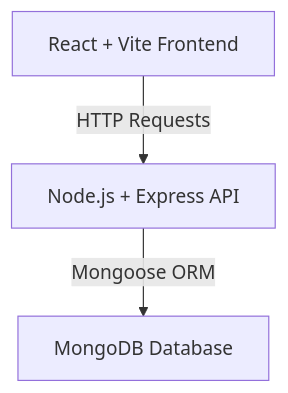
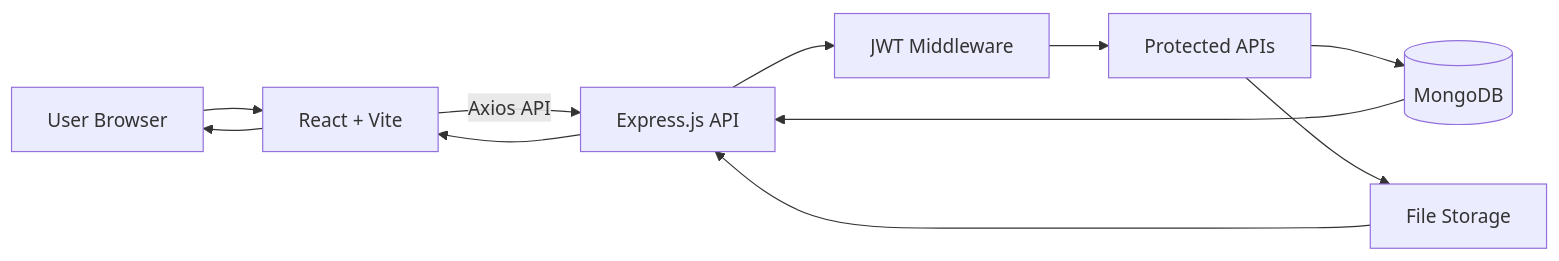
Before and after one commit to Prathmesh-ally/ONGC-Nexus: the first of 4 diagrams in README.md, drawn with Mermaid. The commit also changed other lines of this file, not shown here.

````diff
--- a/README.md
+++ b/README.md
@@ -49,5 +95,25 @@
 ```mermaid
-graph TD
-    Client["React + Vite Frontend"] -->|HTTP Requests| API["Node.js + Express API"]
-    API -->|Mongoose ORM| DB["MongoDB Database"]
+graph LR
+
+User["User Browser"]
+
+User --> Frontend["React + Vite"]
+
+Frontend -->|Axios API| Backend["Express.js API"]
+
+Backend --> Auth["JWT Middleware"]
+
+Auth --> API["Protected APIs"]
+
+API --> MongoDB[(MongoDB)]
+
+API --> Storage["File Storage"]
+
+MongoDB --> Backend
+
+Storage --> Backend
+
+Backend --> Frontend
+
+Frontend --> User
 ```
````
